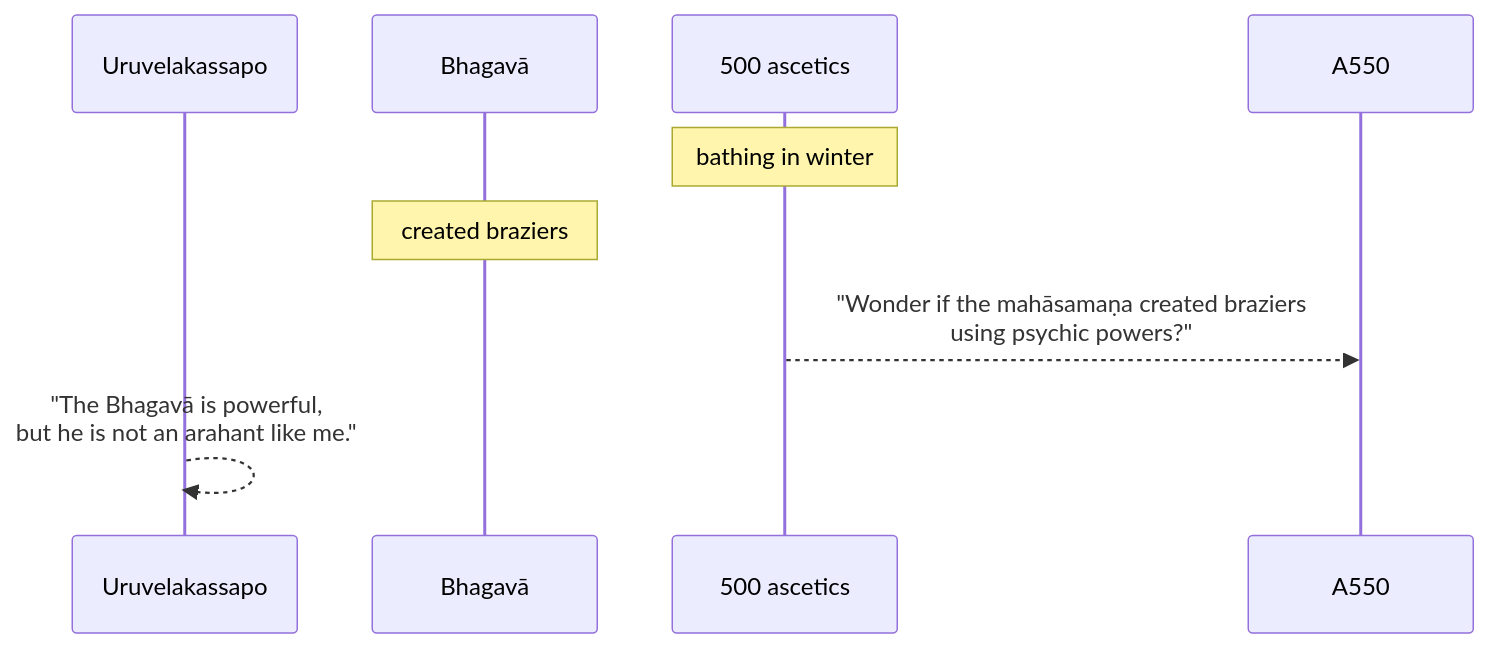
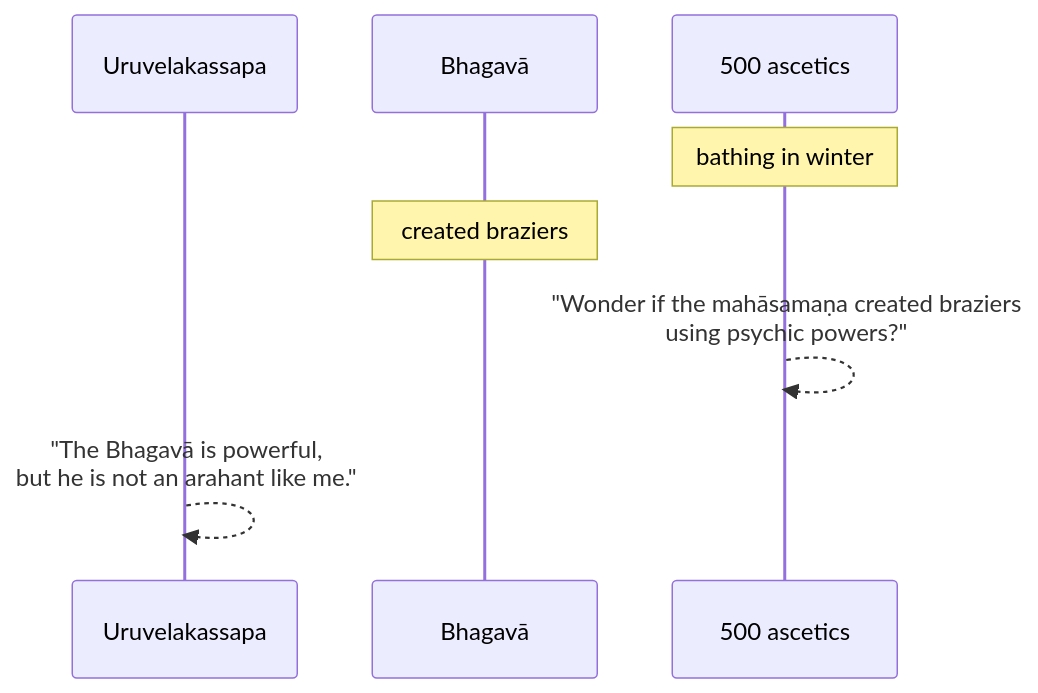
Before and after one commit to tidipa/tidipa.github.io: the tenth of 16 diagrams in src/content/docs/khandhaka/1-12.mdx, drawn with Mermaid. The commit also changed other lines of this file and 48 other files, not shown here.

````diff
--- a/src/content/docs/khandhaka/1-12.mdx
+++ b/src/content/docs/khandhaka/1-12.mdx
@@ -197,10 +197,10 @@
 ```mermaid
 sequenceDiagram
-	participant A1 as Uruvelakassapo
+	participant A1 as Uruvelakassapa
 	participant B as Bhagavā
 	participant A500 as 500 ascetics
 	note over A500: bathing in winter
 	note over B: created braziers
-	A500-->>A550: "Wonder if the mahāsamaṇa created braziers<br> using psychic powers?"
+	A500-->>A500: "Wonder if the mahāsamaṇa created braziers<br> using psychic powers?"
 	A1-->>A1: "The Bhagavā is powerful, <br>but he is not an arahant like me."
 ```
````
